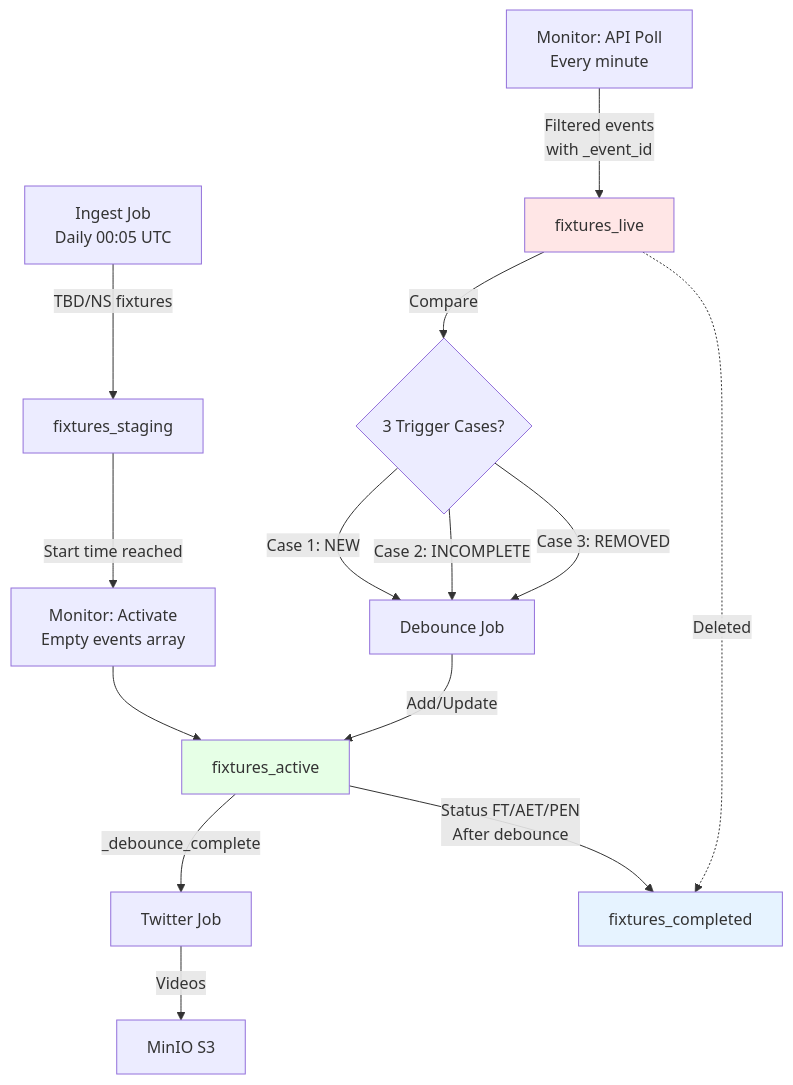
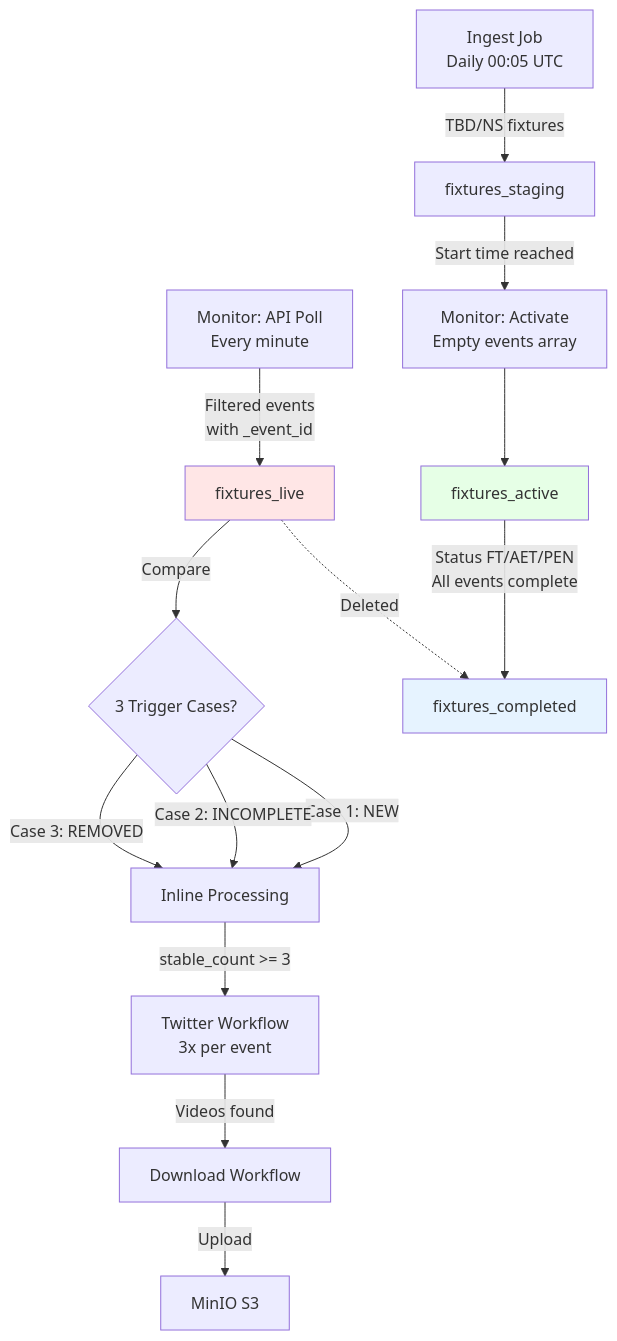
The first of 4 diagrams in ARCHITECTURE.md (vedantadhobley/found-footy), drawn with Mermaid before and after one commit. The commit also changed other lines of this file and 19 other files, not shown here.

````diff
--- a/ARCHITECTURE.md
+++ b/ARCHITECTURE.md
@@ -23,27 +23,27 @@
 ```mermaid
 graph TD
     A[Ingest Job<br/>Daily 00:05 UTC] -->|TBD/NS fixtures| B[fixtures_staging]
     
     B -->|Start time reached| C[Monitor: Activate<br/>Empty events array]
     C --> D[fixtures_active]
     
     E[Monitor: API Poll<br/>Every minute] -->|Filtered events<br/>with _event_id| F[fixtures_live]
     
     F -->|Compare| G{3 Trigger Cases?}
     
-    G -->|Case 1: NEW| H[Debounce Job]
+    G -->|Case 1: NEW| H[Inline Processing]
     G -->|Case 2: INCOMPLETE| H
     G -->|Case 3: REMOVED| H
     
-    H -->|Add/Update| D
-    D -->|_debounce_complete| I[Twitter Job]
+    H -->|stable_count >= 3| I[Twitter Workflow<br/>3x per event]
     
-    D -->|Status FT/AET/PEN<br/>After debounce| J[fixtures_completed]
-    F -.->|Deleted| J
+    I -->|Videos found| J[Download Workflow]
+    J -->|Upload| K[MinIO S3]
     
-    I -->|Videos| K[MinIO S3]
+    D -->|Status FT/AET/PEN<br/>All events complete| L[fixtures_completed]
+    F -.->|Deleted| L
     
     style F fill:#ffe6e6
     style D fill:#e6ffe6
-    style J fill:#e6f3ff
+    style L fill:#e6f3ff
 ```
````
